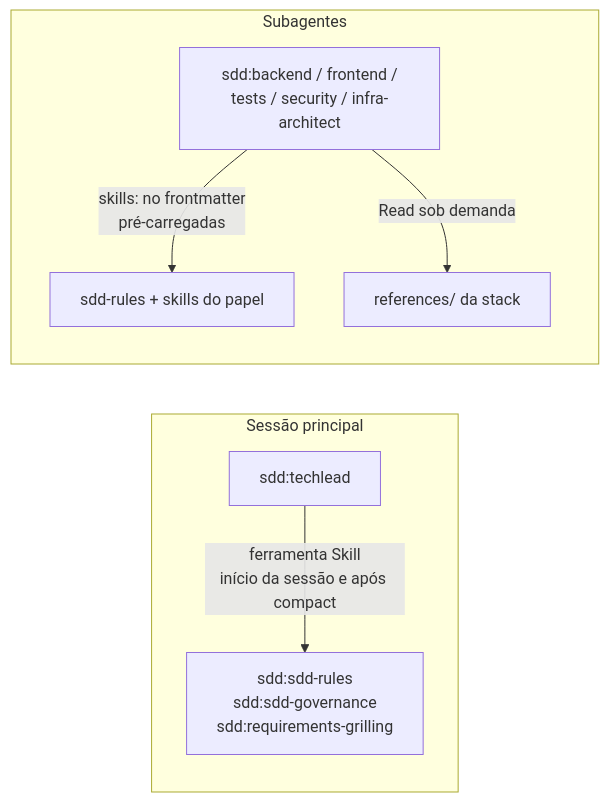
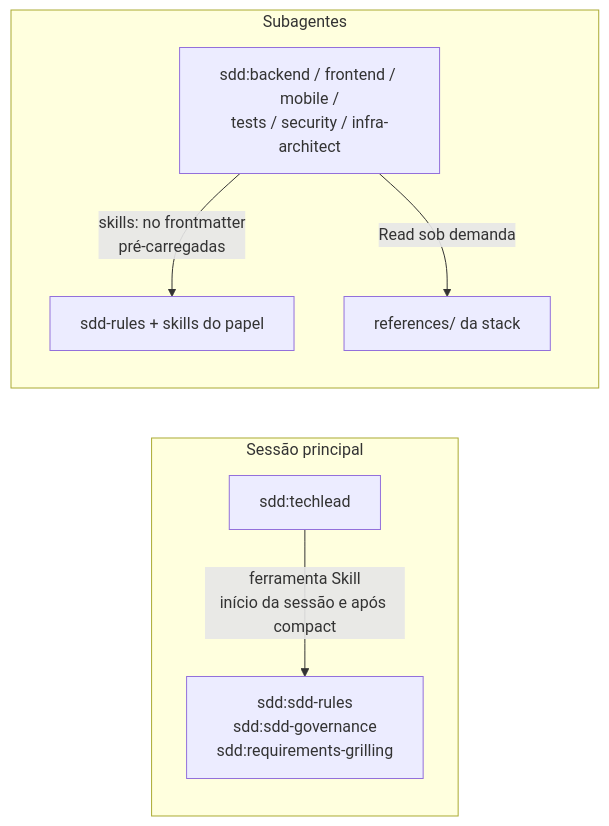
One commit to powerlok/claude-sdd-framework changed the seventh of 9 diagrams in docs/arquitetura.md. Above: the diagram before and after it, drawn with Mermaid. The commit also changed other lines of this file and 26 other files, not shown here.

First line of the commit message:
sdd 0.9.0: agente mobile (React Native/Expo) e fluxo Git local com confirmação

````diff
--- a/docs/arquitetura.md
+++ b/docs/arquitetura.md
@@ -295,10 +303,10 @@
 ```mermaid
 flowchart LR
     subgraph Sessão principal
         TL[sdd:techlead] -->|"ferramenta Skill<br/>início da sessão e após compact"| R1[sdd:sdd-rules<br/>sdd:sdd-governance<br/>sdd:requirements-grilling]
     end
     subgraph Subagentes
-        SA[sdd:backend / frontend /<br/>tests / security / infra-architect] -->|"skills: no frontmatter<br/>pré-carregadas"| R2[sdd-rules + skills do papel]
+        SA[sdd:backend / frontend / mobile /<br/>tests / security / infra-architect] -->|"skills: no frontmatter<br/>pré-carregadas"| R2[sdd-rules + skills do papel]
         SA -->|Read sob demanda| R3[references/ da stack]
     end
 ```
````
